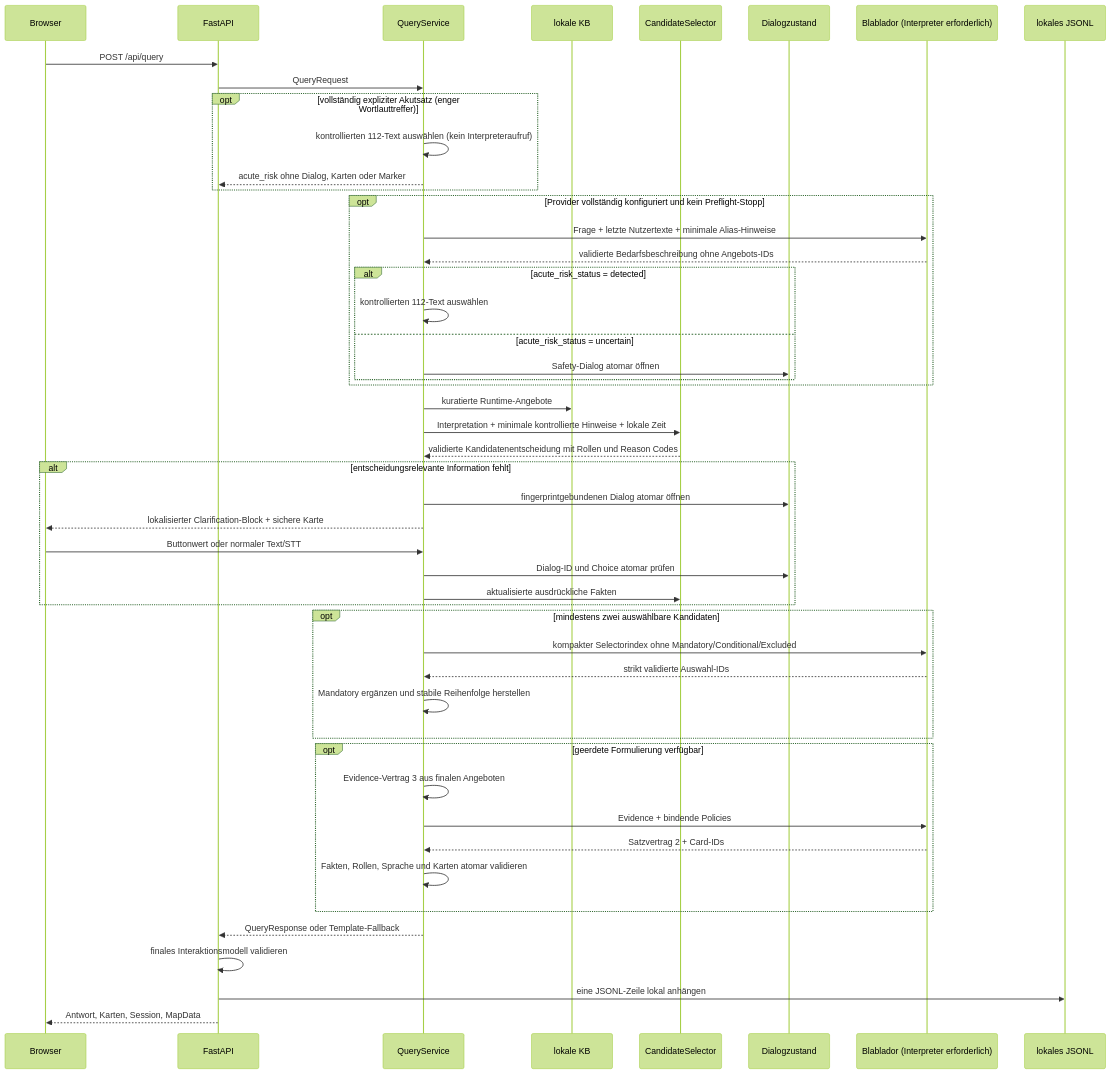
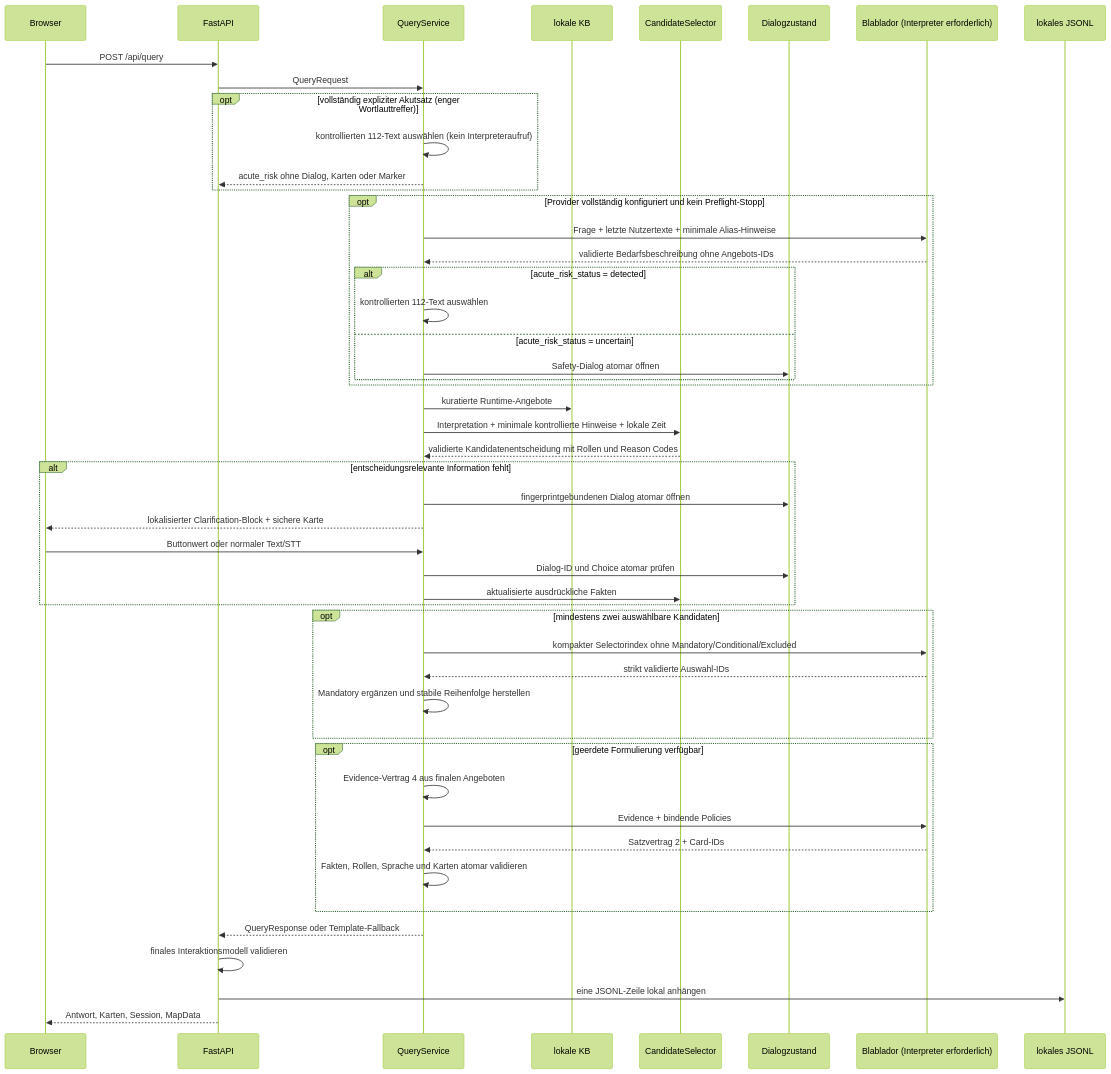
The diagram in docs/data-flow.md (HannahHoffner/lena-grounded-voice-assistant), drawn with Mermaid (forest theme) before and after one commit. The commit also changed other lines of this file and 10 other files, not shown here.

````diff
--- a/docs/data-flow.md
+++ b/docs/data-flow.md
@@ -5,51 +5,51 @@
 ```mermaid
 sequenceDiagram
     participant B as Browser
     participant A as FastAPI
     participant S as QueryService
     participant K as lokale KB
     participant C as CandidateSelector
     participant D as Dialogzustand
     participant L as Blablador (Interpreter erforderlich)
     participant J as lokales JSONL
     B->>A: POST /api/query
     A->>S: QueryRequest
     opt vollständig expliziter Akutsatz (enger Wortlauttreffer)
         S->>S: kontrollierten 112-Text auswählen (kein Interpreteraufruf)
         S-->>A: acute_risk ohne Dialog, Karten oder Marker
     end
     opt Provider vollständig konfiguriert und kein Preflight-Stopp
         S->>L: Frage + letzte Nutzertexte + minimale Alias-Hinweise
         L-->>S: validierte Bedarfsbeschreibung ohne Angebots-IDs
         alt acute_risk_status = detected
             S->>S: kontrollierten 112-Text auswählen
         else acute_risk_status = uncertain
             S->>D: Safety-Dialog atomar öffnen
         end
     end
     S->>K: kuratierte Runtime-Angebote
     S->>C: Interpretation + minimale kontrollierte Hinweise + lokale Zeit
     C-->>S: validierte Kandidatenentscheidung mit Rollen und Reason Codes
     alt entscheidungsrelevante Information fehlt
         S->>D: fingerprintgebundenen Dialog atomar öffnen
         S-->>B: lokalisierter Clarification-Block + sichere Karte
         B->>S: Buttonwert oder normaler Text/STT
         S->>D: Dialog-ID und Choice atomar prüfen
         S->>C: aktualisierte ausdrückliche Fakten
     end
     opt mindestens zwei auswählbare Kandidaten
         S->>L: kompakter Selectorindex ohne Mandatory/Conditional/Excluded
         L-->>S: strikt validierte Auswahl-IDs
         S->>S: Mandatory ergänzen und stabile Reihenfolge herstellen
     end
     opt geerdete Formulierung verfügbar
-        S->>S: Evidence-Vertrag 3 aus finalen Angeboten
+        S->>S: Evidence-Vertrag 4 aus finalen Angeboten
         S->>L: Evidence + bindende Policies
         L-->>S: Satzvertrag 2 + Card-IDs
         S->>S: Fakten, Rollen, Sprache und Karten atomar validieren
     end
     S-->>A: QueryResponse oder Template-Fallback
     A->>A: finales Interaktionsmodell validieren
     A->>J: eine JSONL-Zeile lokal anhängen
     A-->>B: Antwort, Karten, Session, MapData
 ```
````
